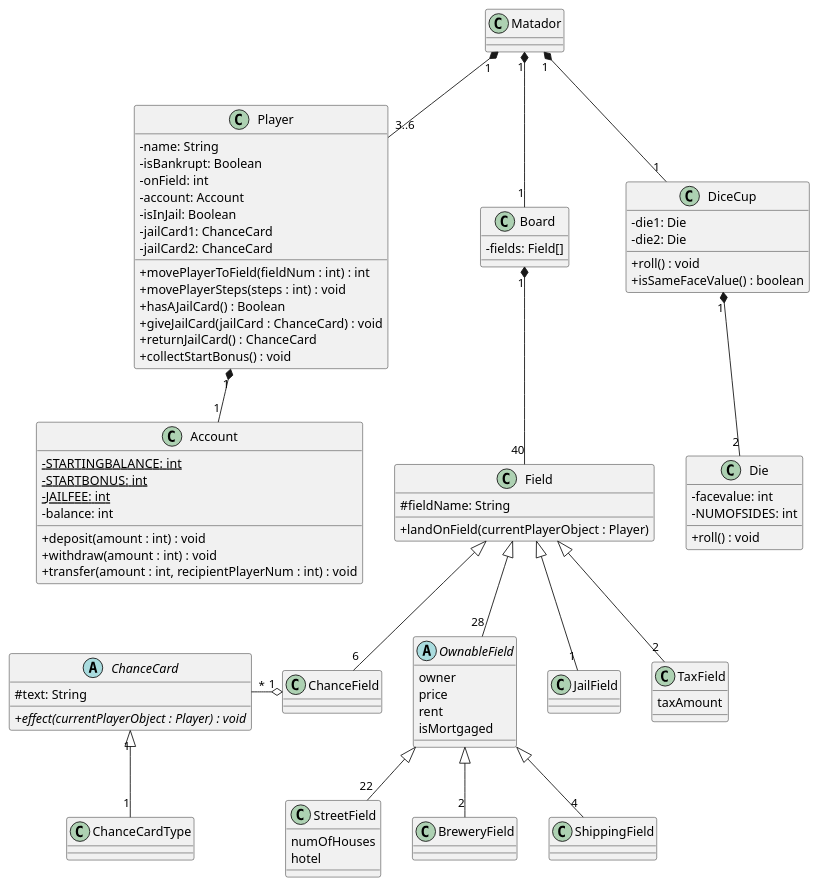
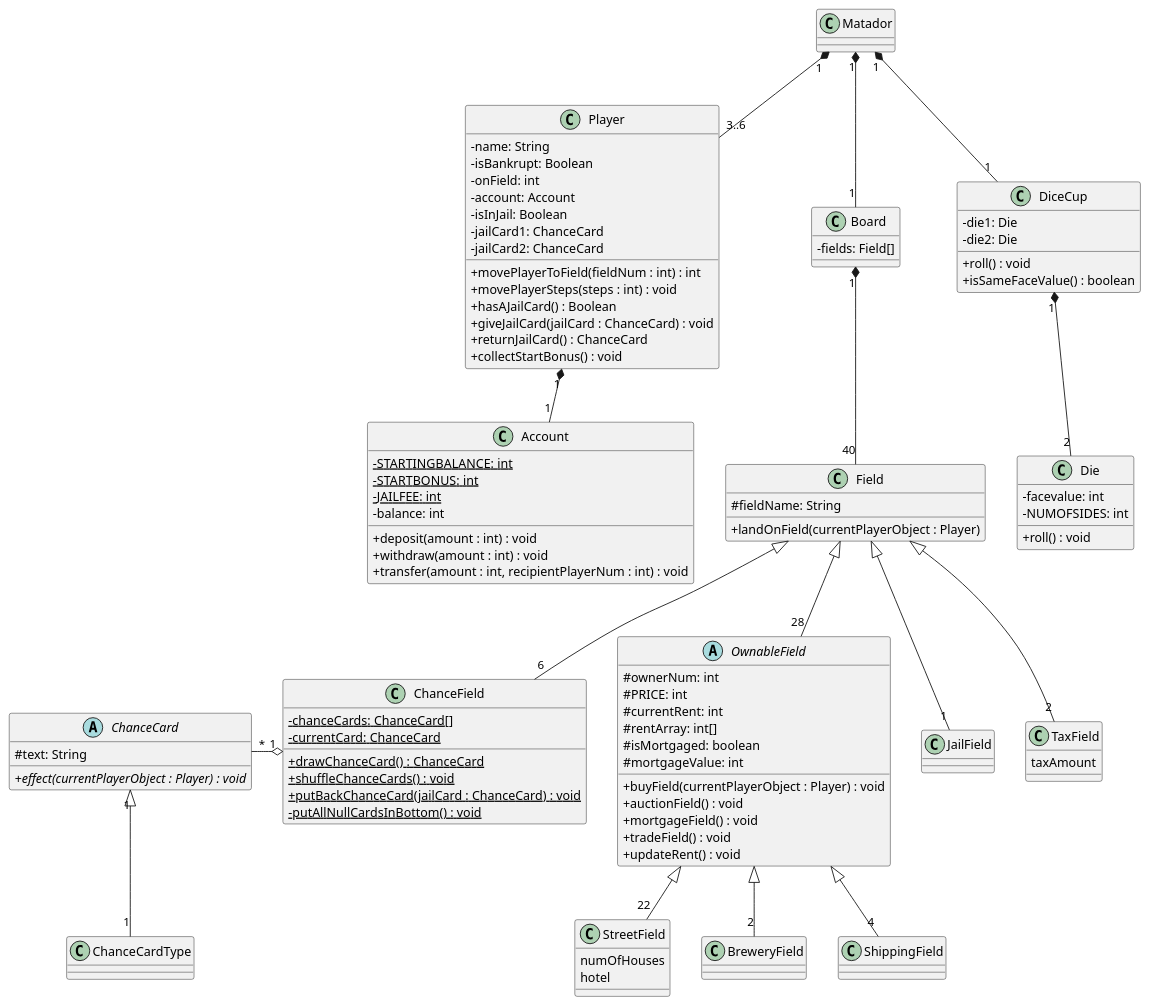
Before and after one commit to GabeKierk889/gruppe-18: the diagram in 18_final/UML/DesignClassDiagram.puml, drawn with PlantUML.

Commit message:
Updated DCD

```diff
--- a/18_final/UML/DesignClassDiagram.puml
+++ b/18_final/UML/DesignClassDiagram.puml
@@ -1,121 +1,135 @@
 @startuml
 'https://plantuml.com/class-diagram
 skinparam classAttributeIconSize 0
 
 class Matador {
 
 }
 
 class Player {
     -name: String
     -isBankrupt: Boolean
     -onField: int
     -account: Account
     -isInJail: Boolean
     -jailCard1: ChanceCard
     -jailCard2: ChanceCard
 
     +movePlayerToField(fieldNum : int) : int
     +movePlayerSteps(steps : int) : void
     +hasAJailCard() : Boolean
     +giveJailCard(jailCard : ChanceCard) : void
     +returnJailCard() : ChanceCard
     +collectStartBonus() : void
 }
 
 class Board {
     -fields: Field[]
 }
 
 class Field {
     #fieldName: String
 
     +landOnField(currentPlayerObject : Player)
 }
 
 class Account {
     {static} -STARTINGBALANCE: int
     {static} -STARTBONUS: int
     {static} -JAILFEE: int
     -balance: int
 
     +deposit(amount : int) : void
     +withdraw(amount : int) : void
     +transfer(amount : int, recipientPlayerNum : int) : void
 }
 
 class DiceCup {
     -die1: Die
     -die2: Die
 
     +roll() : void
     +isSameFaceValue() : boolean
 }
 
 class Die {
     -facevalue: int
     -NUMOFSIDES: int
 
     +roll() : void
 }
 
 class ChanceCardType {
 
 }
 
 abstract class ChanceCard {
     #text: String
 
     {abstract}+effect(currentPlayerObject : Player) : void
 }
 
 abstract class OwnableField {
-        owner
-        price
-        rent
-        isMortgaged
+        #ownerNum: int
+        #PRICE: int
+        #currentRent: int
+        #rentArray: int[]
+        #isMortgaged: boolean
+        #mortgageValue: int
+
+        +buyField(currentPlayerObject : Player) : void
+        +auctionField() : void
+        +mortgageField() : void
+        +tradeField() : void
+        +updateRent() : void
 }
 
 class StreetField {
     numOfHouses
     hotel
 }
 
 class BreweryField {
 
 }
 
 class ShippingField {
 
 }
 
 class ChanceField {
+    {static}-chanceCards: ChanceCard[]
+    {static}-currentCard: ChanceCard
 
+    {static}+drawChanceCard() : ChanceCard
+    {static}+shuffleChanceCards() : void
+    {static}+putBackChanceCard(jailCard : ChanceCard) : void
+    {static}-putAllNullCardsInBottom() : void
 }
 
 class JailField {
 
 }
 
 class TaxField {
     taxAmount
 }
 
 Matador "1" *-- "1" Board
 Matador "1" *-- "1" DiceCup
 Matador "1" *-- "3..6" Player
 Player "1" *-- "1" Account
 Board "1" *-- "40" Field
 OwnableField <|-- "22" StreetField
 Field <|-- "6" ChanceField
 Field <|-- "1" JailField
 ChanceCard "*" -o "1" ChanceField
 ChanceCard "1" <|-- "1" ChanceCardType
 DiceCup "1" *-- "2" Die
 Field <|-- "28" OwnableField
 OwnableField <|-- "2" BreweryField
 OwnableField <|-- "4" ShippingField
 Field <|-- "2" TaxField
 
 
 @enduml
```
